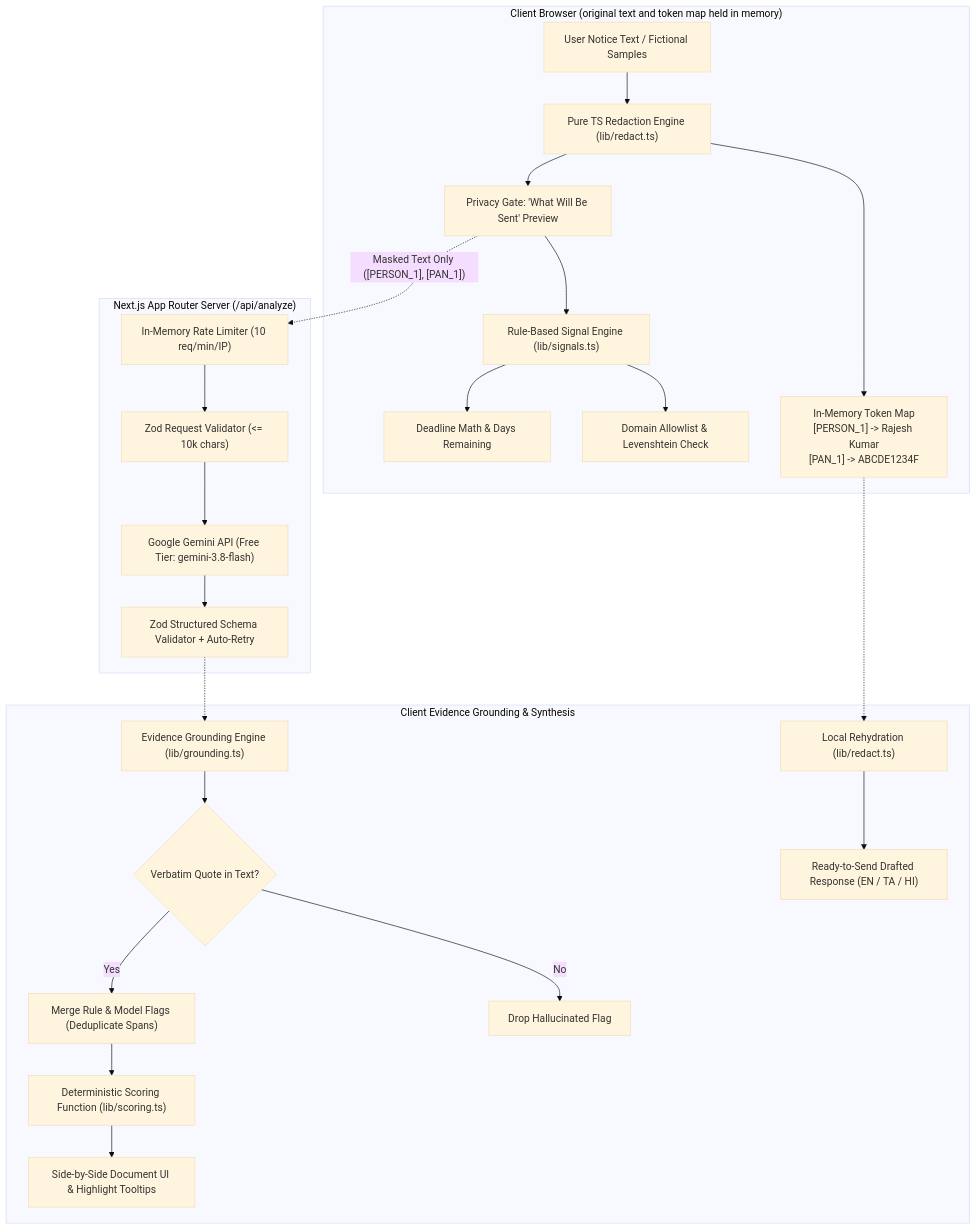
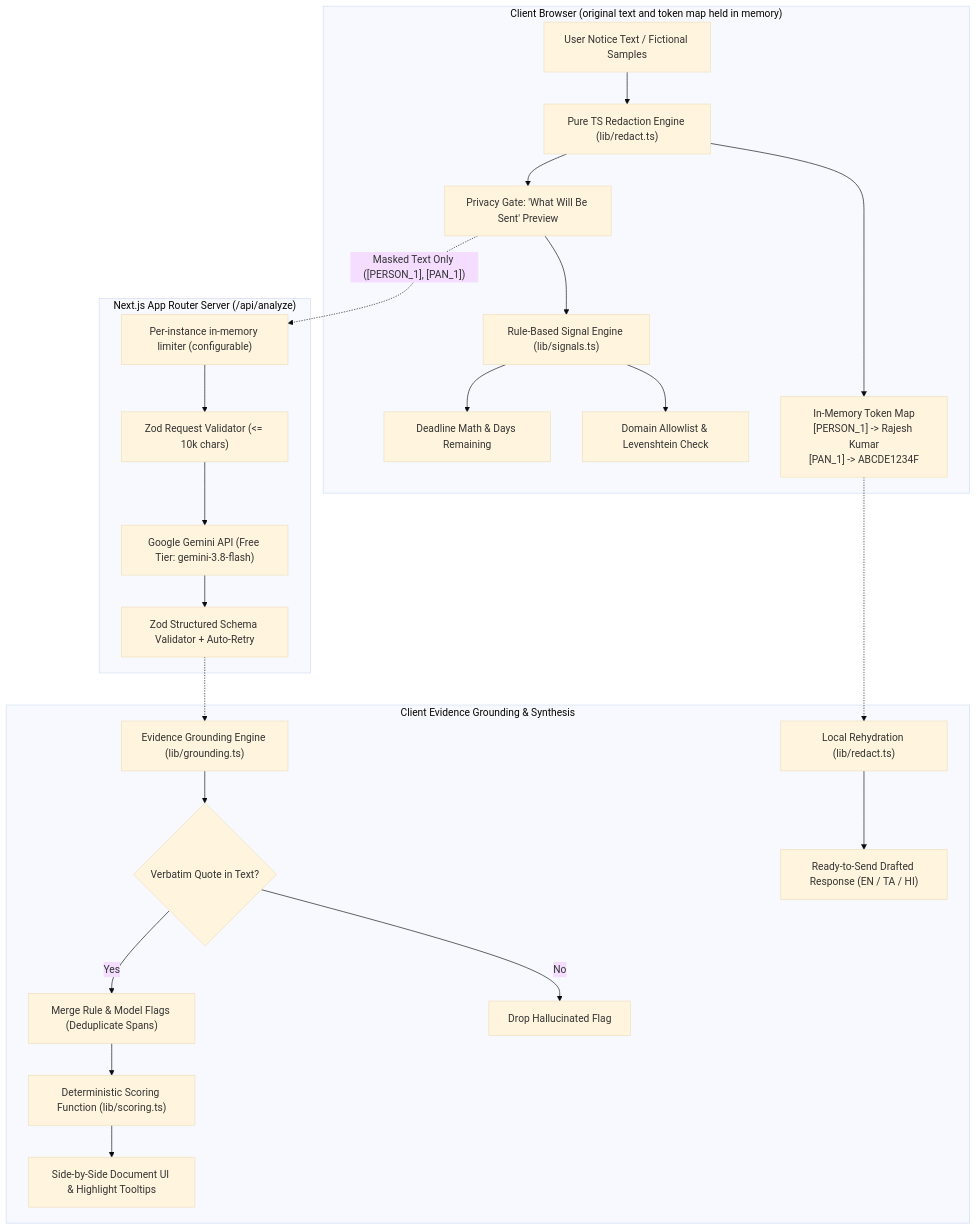
Before and after one commit to swetha-006/Notice_Decoder: the diagram in README.md, drawn with Mermaid (base theme). The commit also changed other lines of this file and 20 other files, not shown here.

````diff
--- a/README.md
+++ b/README.md
@@ -32,29 +32,29 @@
 ```mermaid
 flowchart TD
     subgraph Browser ["Client Browser (original text and token map held in memory)"]
         UserText["User Notice Text / Fictional Samples"] --> Redactor["Pure TS Redaction Engine (lib/redact.ts)"]
         Redactor --> TokenMap["In-Memory Token Map<br/>[PERSON_1] -> Rajesh Kumar<br/>[PAN_1] -> ABCDE1234F"]
         Redactor --> PrivacyGate["Privacy Gate: 'What Will Be Sent' Preview"]
         PrivacyGate --> LocalSignals["Rule-Based Signal Engine (lib/signals.ts)"]
         LocalSignals --> DomainCheck["Domain Allowlist & Levenshtein Check"]
         LocalSignals --> DeadlineMath["Deadline Math & Days Remaining"]
     end
 
     subgraph ServerRoute ["Next.js App Router Server (/api/analyze)"]
-        PrivacyGate -.->|"Masked Text Only ([PERSON_1], [PAN_1])"| RateLimiter["In-Memory Rate Limiter (10 req/min/IP)"]
+        PrivacyGate -.->|"Masked Text Only ([PERSON_1], [PAN_1])"| RateLimiter["Per-instance in-memory limiter (configurable)"]
         RateLimiter --> ZodIn["Zod Request Validator (<= 10k chars)"]
         ZodIn --> GeminiAPI["Google Gemini API (Free Tier: gemini-3.8-flash)"]
         GeminiAPI --> ZodOut["Zod Structured Schema Validator + Auto-Retry"]
     end
 
     subgraph GroundingPipeline ["Client Evidence Grounding & Synthesis"]
         ZodOut -.-> Grounding["Evidence Grounding Engine (lib/grounding.ts)"]
         Grounding --> SubstringMatch{"Verbatim Quote in Text?"}
         SubstringMatch -- No --> DropFlag["Drop Hallucinated Flag"]
         SubstringMatch -- Yes --> MergeFlags["Merge Rule & Model Flags (Deduplicate Spans)"]
         MergeFlags --> Scoring["Deterministic Scoring Function (lib/scoring.ts)"]
         Scoring --> VerdictUI["Side-by-Side Document UI & Highlight Tooltips"]
         TokenMap -.-> Rehydrate["Local Rehydration (lib/redact.ts)"]
         Rehydrate --> DraftUI["Ready-to-Send Drafted Response (EN / TA / HI)"]
     end
 ```
````
